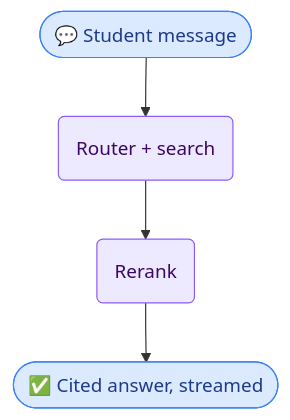
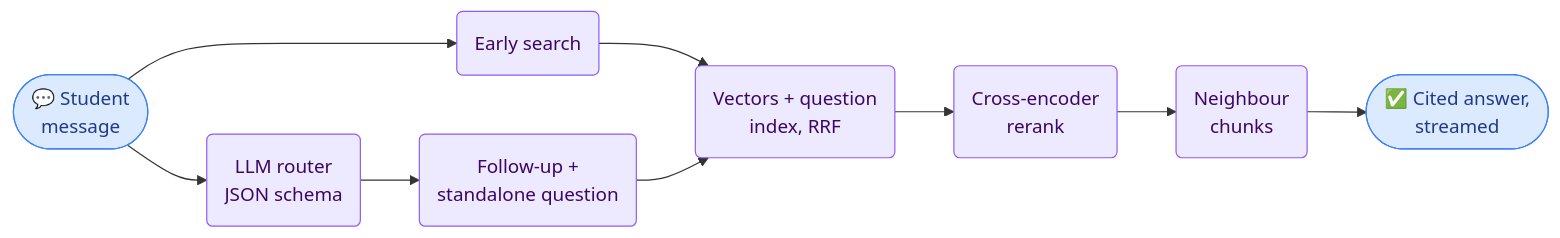
The second of 2 diagrams in README.md (Soroush-porhonar/Daneshjoyar), drawn with Mermaid before and after one commit. The commit also changed other lines of this file, not shown here.

Commit message:
README: detailed architecture again, two horizontal diagrams

````diff
--- a/README.md
+++ b/README.md
@@ -63,10 +68,15 @@
 ```mermaid
-flowchart TD
-  A([💬 Student message]) --> B(Router + search)
-  B --> C(Rerank)
-  C --> D([✅ Cited answer, streamed])
+flowchart LR
+  A([💬 Student<br>message]) --> B(LLM router<br>JSON schema)
+  A --> C(Early search)
+  B --> D(Follow-up +<br>standalone question)
+  C --> E(Vectors + question<br>index, RRF)
+  D --> E
+  E --> F(Cross-encoder<br>rerank)
+  F --> G(Neighbour<br>chunks)
+  G --> H([✅ Cited answer,<br>streamed])
   classDef io fill:#dbeafe,stroke:#3b82f6,color:#1e3a8a
   classDef step fill:#ede9fe,stroke:#8b5cf6,color:#3b0764
-  class A,D io
-  class B,C step
+  class A,H io
+  class B,C,D,E,F,G step
 ```
````
